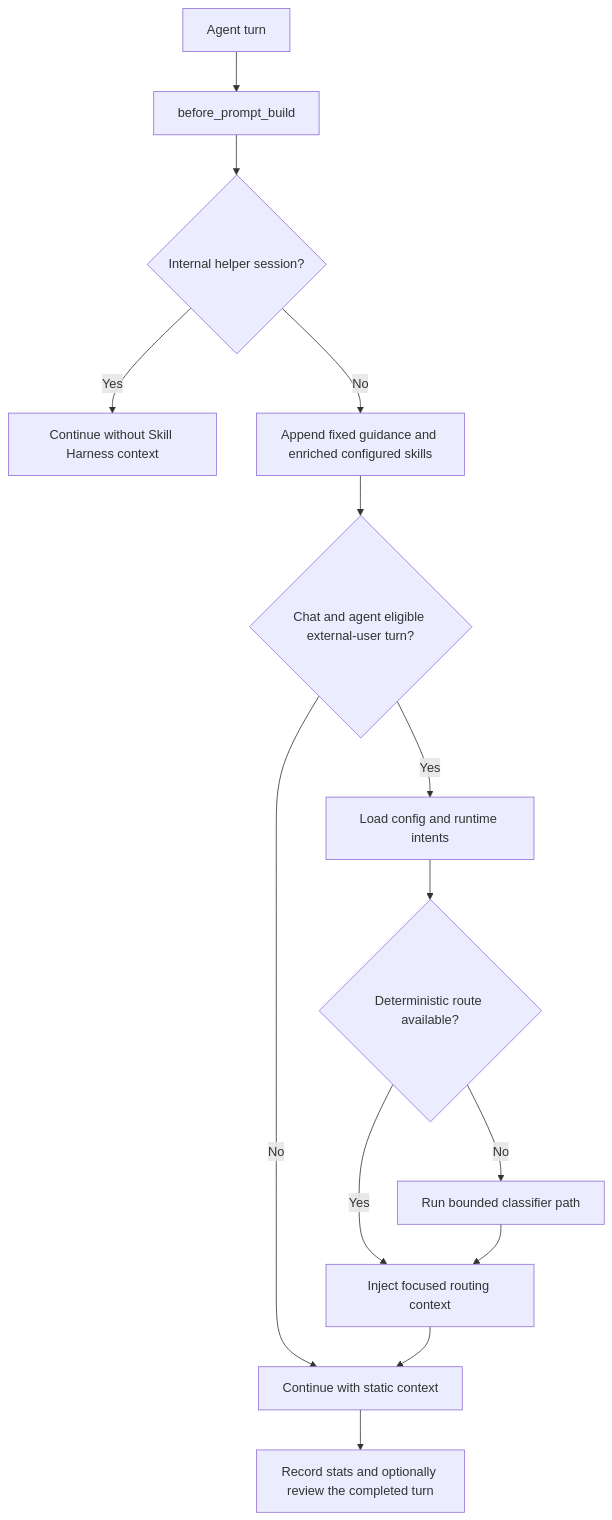
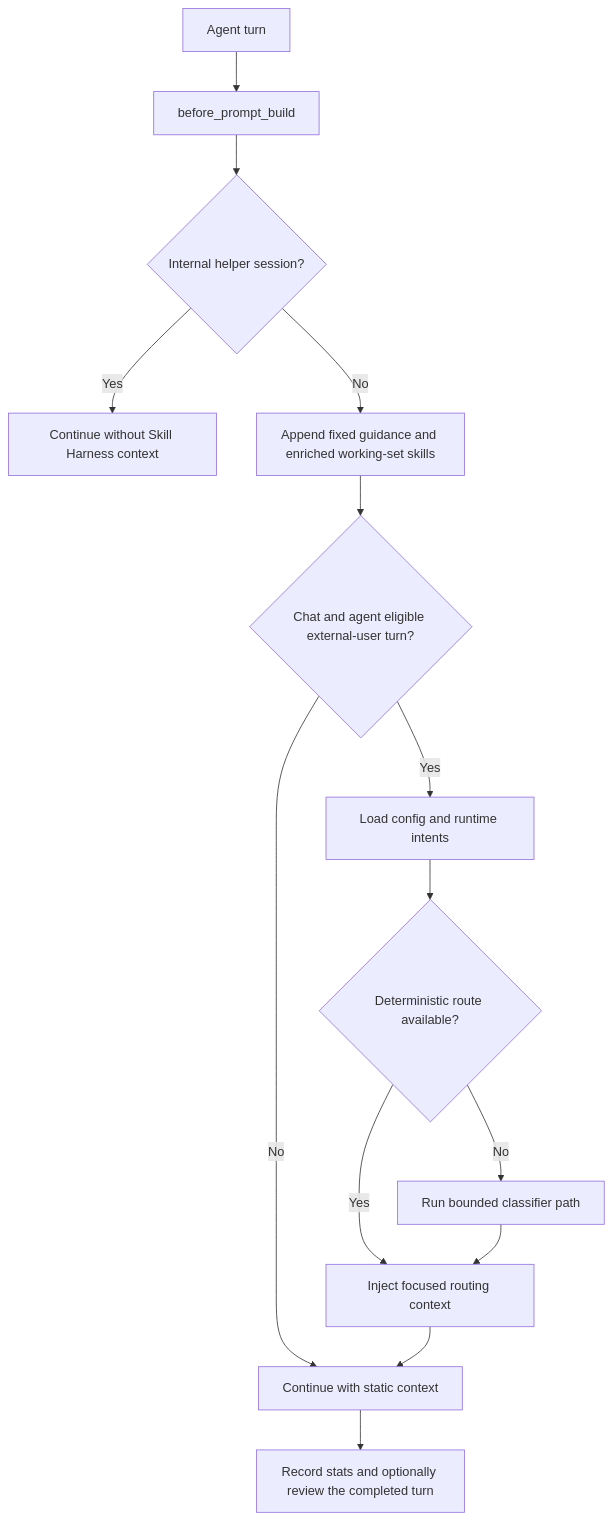
The diagram in README.md (ani6439walc/openclaw-plugin-skill-harness), drawn with Mermaid before and after one commit. The commit also changed other lines of this file and 37 other files, not shown here.

First line of the commit message:
feat: migrate skills to plugin-owned working sets (#71)

````diff
--- a/README.md
+++ b/README.md
@@ -91,16 +91,16 @@
 ```mermaid
 graph TD
   A[Agent turn] --> B[before_prompt_build]
   B --> C{Internal helper session?}
   C -->|Yes| Z[Continue without Skill Harness context]
-  C -->|No| D[Append fixed guidance and enriched configured skills]
+  C -->|No| D[Append fixed guidance and enriched working-set skills]
   D --> E{Chat and agent eligible external-user turn?}
   E -->|No| M[Continue with static context]
   E -->|Yes| F[Load config and runtime intents]
   F --> G{Deterministic route available?}
   G -->|Yes| H[Inject focused routing context]
   G -->|No| I[Run bounded classifier path]
   I --> H
   H --> M
   M --> N[Record stats and optionally review the completed turn]
 ```
````
